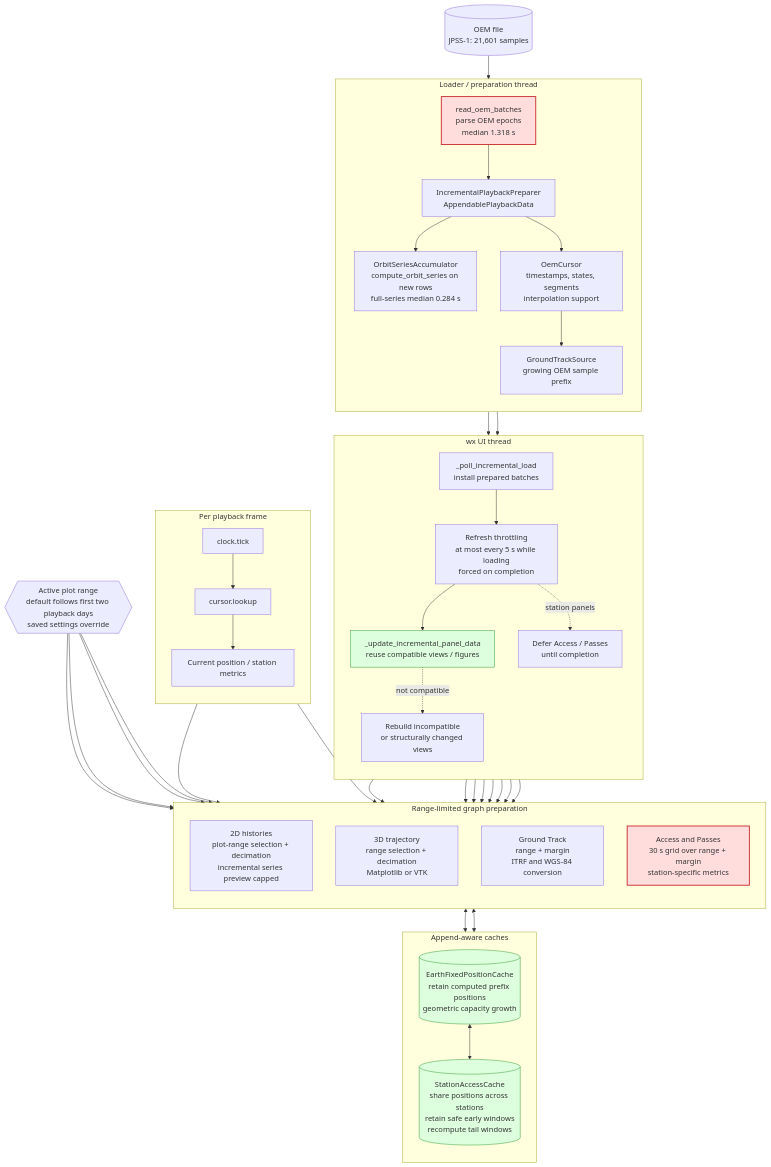
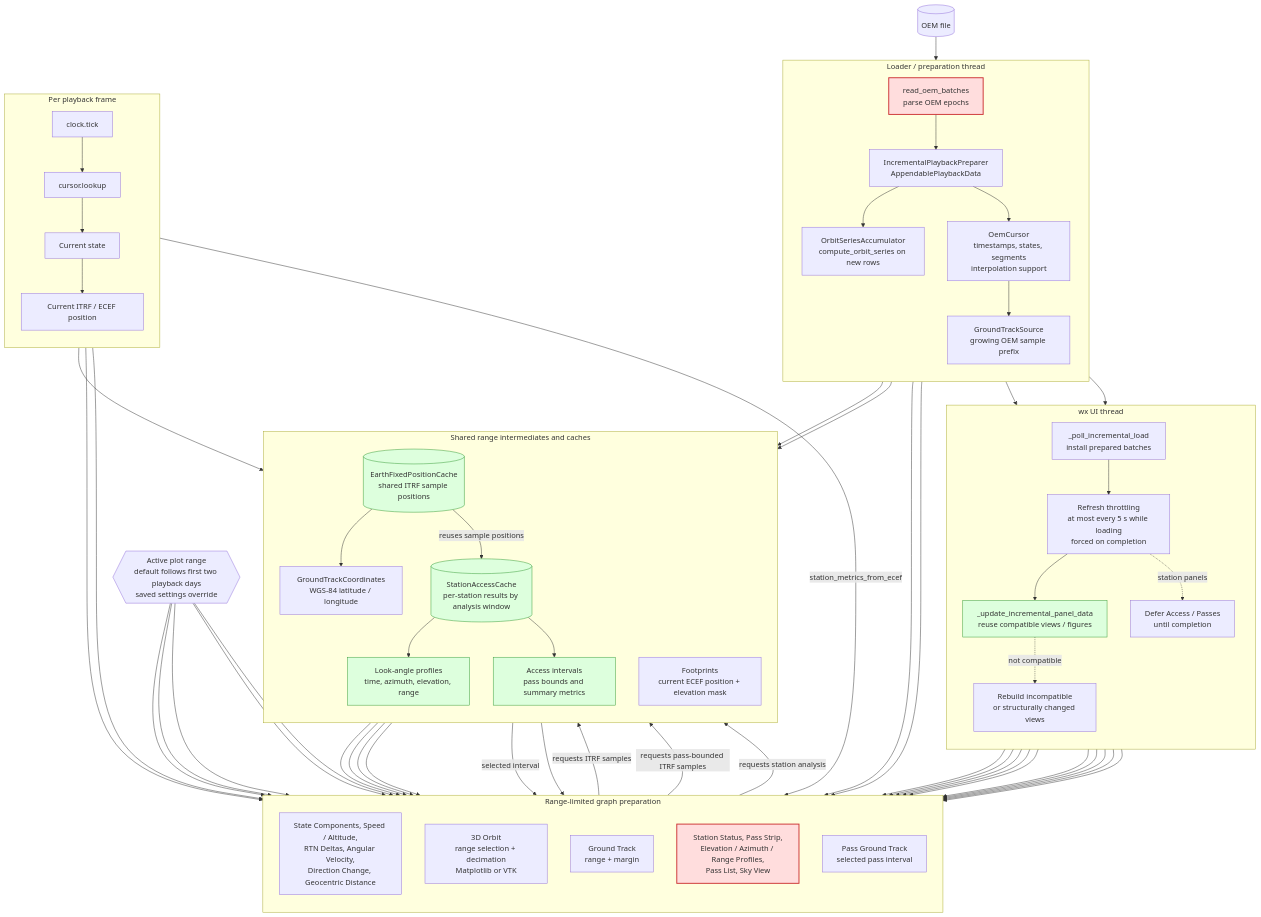
One commit to jeongyunl/ephem-toolkit changed the diagram in docs/architecture/play-oem/PLAY_OEM_DATAFLOW.mmd. Above: the diagram before and after it, drawn with Mermaid. The commit also changed 18 other files, not shown here.

```diff
--- a/docs/architecture/play-oem/PLAY_OEM_DATAFLOW.mmd
+++ b/docs/architecture/play-oem/PLAY_OEM_DATAFLOW.mmd
@@ -1,77 +1,102 @@
 flowchart TD
-    FILE[("OEM file<br/>JPSS-1: 21,601 samples")]
+    FILE[("OEM file")]
 
     subgraph WORKER["Loader / preparation thread"]
         direction TB
-        PARSE["read_oem_batches<br/>parse OEM epochs<br/>median 1.318 s"]
+        PARSE["read_oem_batches<br/>parse OEM epochs"]
         PREP["IncrementalPlaybackPreparer<br/>AppendablePlaybackData"]
-        SERIES["OrbitSeriesAccumulator<br/>compute_orbit_series on new rows<br/>full-series median 0.284 s"]
+        SERIES["OrbitSeriesAccumulator<br/>compute_orbit_series on new rows"]
         CURSOR["OemCursor<br/>timestamps, states, segments<br/>interpolation support"]
         SOURCE["GroundTrackSource<br/>growing OEM sample prefix"]
         PARSE --> PREP
         PREP --> SERIES
         PREP --> CURSOR
         CURSOR --> SOURCE
     end
 
     subgraph UI["wx UI thread"]
         direction TB
         POLL["_poll_incremental_load<br/>install prepared batches"]
         THROTTLE["Refresh throttling<br/>at most every 5 s while loading<br/>forced on completion"]
         INPLACE["_update_incremental_panel_data<br/>reuse compatible views / figures"]
         FALLBACK["Rebuild incompatible<br/>or structurally changed views"]
         DEFER["Defer Access / Passes<br/>until completion"]
         POLL --> THROTTLE
         THROTTLE --> INPLACE
         INPLACE -.->|"not compatible"| FALLBACK
         THROTTLE -.->|"station panels"| DEFER
     end
 
     subgraph VIEWS["Range-limited graph preparation"]
         direction TB
-        SERIESV["2D histories<br/>plot-range selection + decimation<br/>incremental series preview capped"]
-        TRAJ["3D trajectory<br/>range selection + decimation<br/>Matplotlib or VTK"]
-        TRACK["Ground Track<br/>range + margin<br/>ITRF and WGS-84 conversion"]
-        ACCESS["Access and Passes<br/>30 s grid over range + margin<br/>station-specific metrics"]
+        SERIESV["State Components, Speed / Altitude,<br/>RTN Deltas, Angular Velocity,<br/>Direction Change, Geocentric Distance"]
+        TRAJ["3D Orbit<br/>range selection + decimation<br/>Matplotlib or VTK"]
+        TRACK["Ground Track<br/>range + margin"]
+        ACCESS["Station Status, Pass Strip,<br/>Elevation / Azimuth / Range Profiles,<br/>Pass List, Sky View"]
+        PASS_TRACK["Pass Ground Track<br/>selected pass interval"]
     end
 
-    subgraph CACHES["Append-aware caches"]
+    subgraph SHARED["Shared range intermediates and caches"]
         direction TB
-        POSCACHE[("EarthFixedPositionCache<br/>retain computed prefix positions<br/>geometric capacity growth")]
-        ACCESSCACHE[("StationAccessCache<br/>share positions across stations<br/>retain safe early windows<br/>recompute tail windows")]
+        POSCACHE[("EarthFixedPositionCache<br/>shared ITRF sample positions")]
+        GEODETIC["GroundTrackCoordinates<br/>WGS-84 latitude / longitude"]
+        ACCESSCACHE[("StationAccessCache<br/>per-station results by analysis window")]
+        PROFILES["Look-angle profiles<br/>time, azimuth, elevation, range"]
+        INTERVALS["Access intervals<br/>pass bounds and summary metrics"]
+        FOOTPRINTS["Footprints<br/>current ECEF position + elevation mask"]
     end
 
     subgraph FRAME["Per playback frame"]
         direction TB
         TICK["clock.tick"]
         LOOK["cursor.lookup"]
-        CURRENT["Current position / station metrics"]
-        TICK --> LOOK --> CURRENT
+        CURRENT["Current state"]
+        CURRENT_ECEF["Current ITRF / ECEF position"]
+        TICK --> LOOK --> CURRENT --> CURRENT_ECEF
     end
 
     RANGE{{"Active plot range<br/>default follows first two playback days<br/>saved settings override"}}
     FILE --> PARSE
     SERIES --> POLL
     SOURCE --> POLL
     INPLACE --> SERIESV
     INPLACE --> TRAJ
     INPLACE --> TRACK
     DEFER --> ACCESS
+    INPLACE --> PASS_TRACK
     FALLBACK --> SERIESV
     FALLBACK --> TRAJ
     FALLBACK --> TRACK
     FALLBACK --> ACCESS
+    FALLBACK --> PASS_TRACK
     RANGE --> SERIESV
     RANGE --> TRAJ
     RANGE --> TRACK
     RANGE --> ACCESS
-    TRACK <--> POSCACHE
-    ACCESS <--> ACCESSCACHE
-    POSCACHE <--> ACCESSCACHE
+    RANGE --> PASS_TRACK
+    SOURCE --> POSCACHE
+    TRACK -->|"requests ITRF samples"| POSCACHE
+    PASS_TRACK -->|"requests pass-bounded ITRF samples"| POSCACHE
+    POSCACHE --> GEODETIC
+    GEODETIC --> TRACK
+    GEODETIC --> PASS_TRACK
+    ACCESS -->|"requests station analysis"| ACCESSCACHE
+    CURSOR --> ACCESSCACHE
+    POSCACHE -->|"reuses sample positions"| ACCESSCACHE
+    ACCESSCACHE --> PROFILES
+    ACCESSCACHE --> INTERVALS
+    PROFILES --> ACCESS
+    INTERVALS --> ACCESS
+    INTERVALS -->|"selected interval"| PASS_TRACK
+    CURRENT_ECEF --> TRACK
+    CURRENT_ECEF --> FOOTPRINTS
+    FOOTPRINTS --> TRACK
     LOOK --> TRAJ
-    CURRENT --> ACCESS
+    CURRENT_ECEF -->|"station_metrics_from_ecef"| ACCESS
+    SERIES --> SERIESV
+    SERIES --> TRAJ
 
     classDef hot fill:#fdd,stroke:#c33,stroke-width:2px
     classDef retained fill:#dfd,stroke:#393
     class PARSE,ACCESS hot
-    class INPLACE,POSCACHE,ACCESSCACHE retained
+    class INPLACE,POSCACHE,ACCESSCACHE,PROFILES,INTERVALS retained
```
